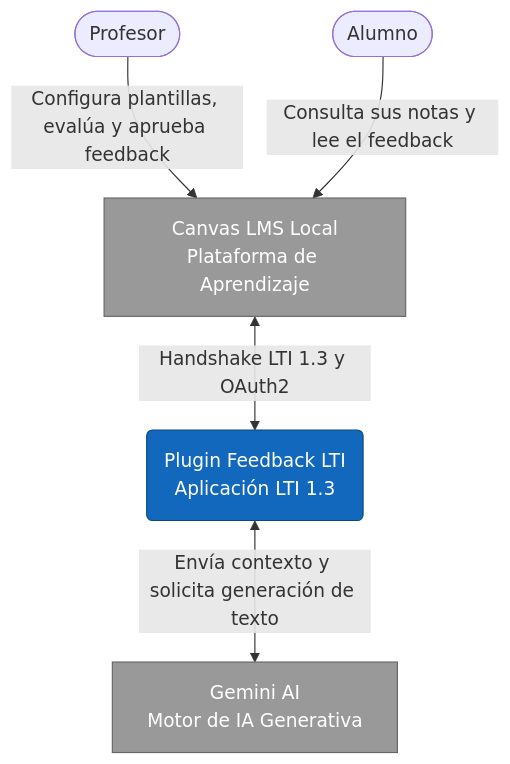
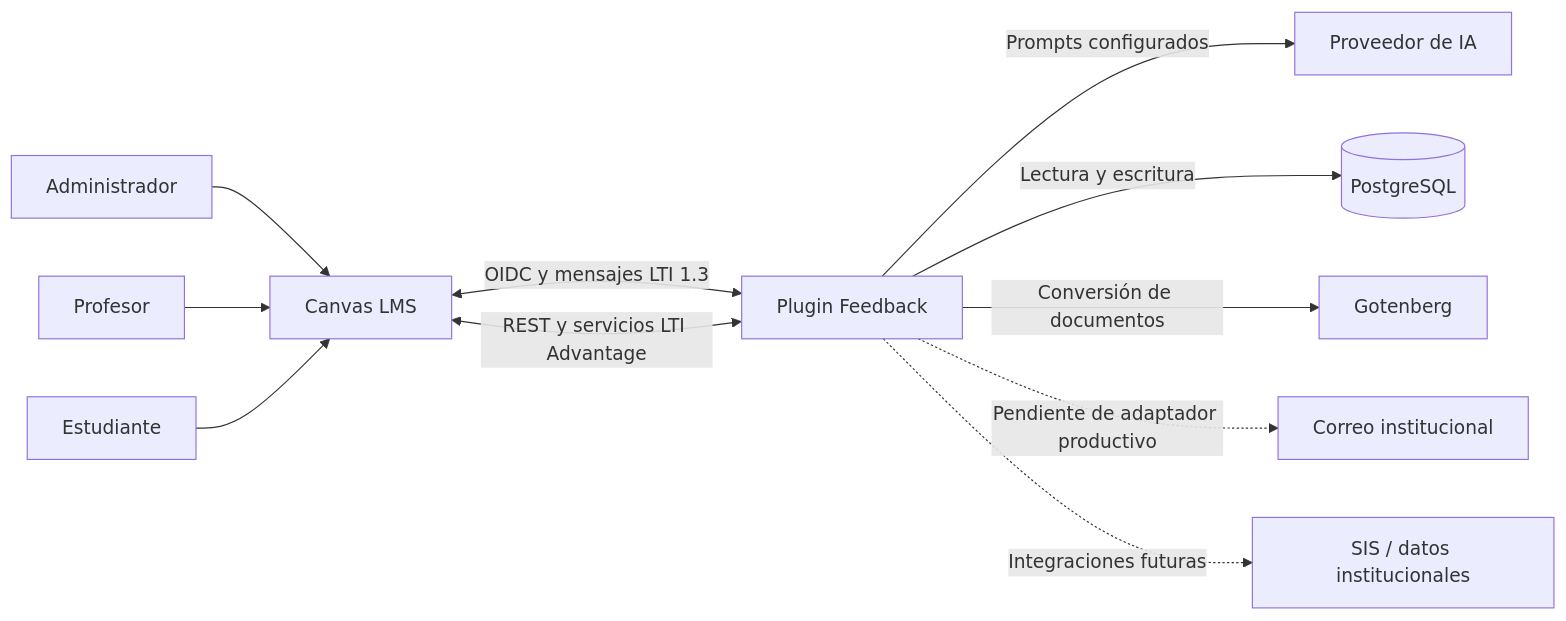
One commit to JaimeArriagadaRosas/Plugin-Feedback-Canvas changed the first of 3 diagrams in docs/ARCHITECTURE.md. Above: the diagram before and after it, drawn with Mermaid. The commit also changed other lines of this file and 498 other files, not shown here.

````diff
--- a/docs/ARCHITECTURE.md
+++ b/docs/ARCHITECTURE.md
@@ -9,23 +7,13 @@
 ```mermaid
-graph TD
-    %% Usuarios
-    Profesor([Profesor])
-    Alumno([Alumno])
-
-    %% Sistemas Externos
-    Canvas[Canvas LMS Local\nPlataforma de Aprendizaje]
-    Gemini[Gemini AI\nMotor de IA Generativa]
-
-    %% Sistema Central
-    Plugin(Plugin Feedback LTI\nAplicación LTI 1.3)
-
-    %% Relaciones
-    Profesor -->|Configura plantillas, evalúa y aprueba feedback| Canvas
-    Alumno -->|Consulta sus notas y lee el feedback| Canvas
-    Canvas <-->|Handshake LTI 1.3 y OAuth2| Plugin
-    Plugin <-->|Envía contexto y solicita generación de texto| Gemini
-
-    style Plugin fill:#1168bd,stroke:#0b4884,color:#ffffff
-    style Canvas fill:#999999,stroke:#666666,color:#ffffff
-    style Gemini fill:#999999,stroke:#666666,color:#ffffff
+flowchart LR
+    Admin[Administrador] --> Canvas[Canvas LMS]
+    Teacher[Profesor] --> Canvas
+    Student[Estudiante] --> Canvas
+    Canvas <-->|OIDC y mensajes LTI 1.3| Plugin[Plugin Feedback]
+    Plugin <-->|REST y servicios LTI Advantage| Canvas
+    Plugin -->|Prompts configurados| AI[Proveedor de IA]
+    Plugin -->|Lectura y escritura| DB[(PostgreSQL)]
+    Plugin -->|Conversión de documentos| Gotenberg[Gotenberg]
+    Plugin -.->|Pendiente de adaptador productivo| Mail[Correo institucional]
+    Plugin -.->|Integraciones futuras| SIS[SIS / datos institucionales]
 ```
````
